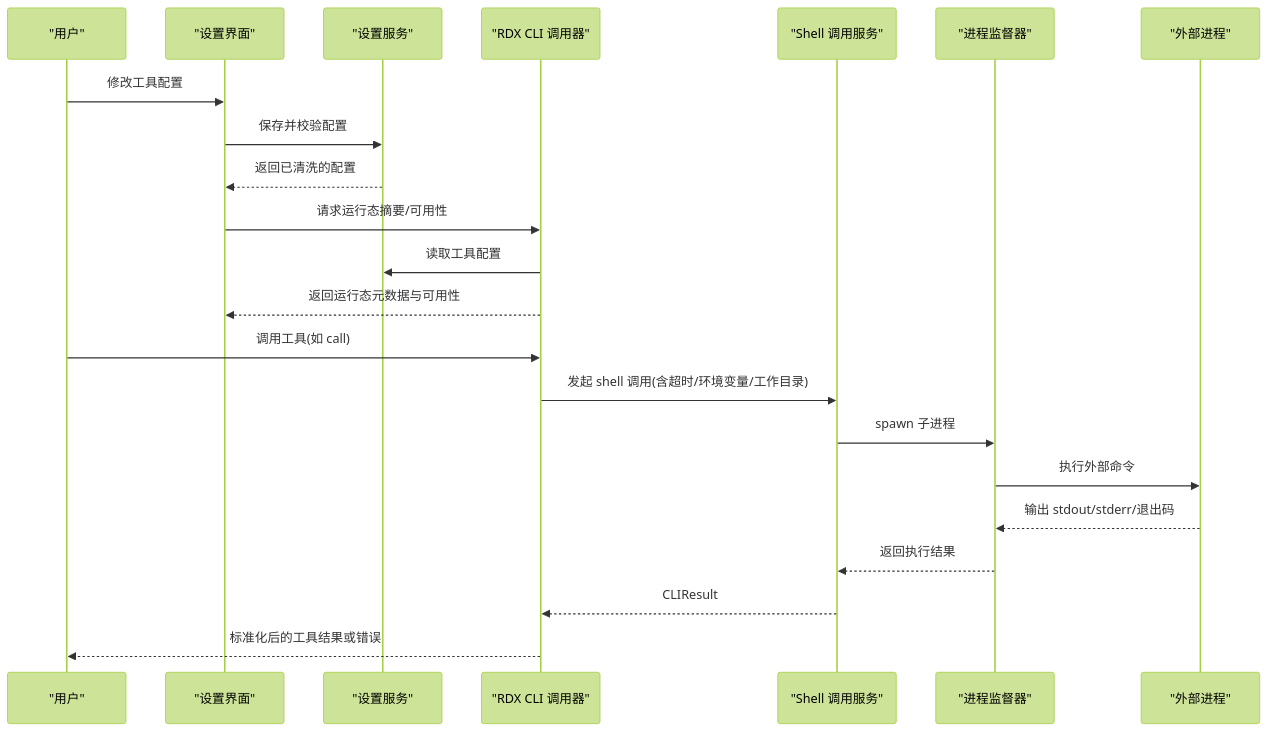
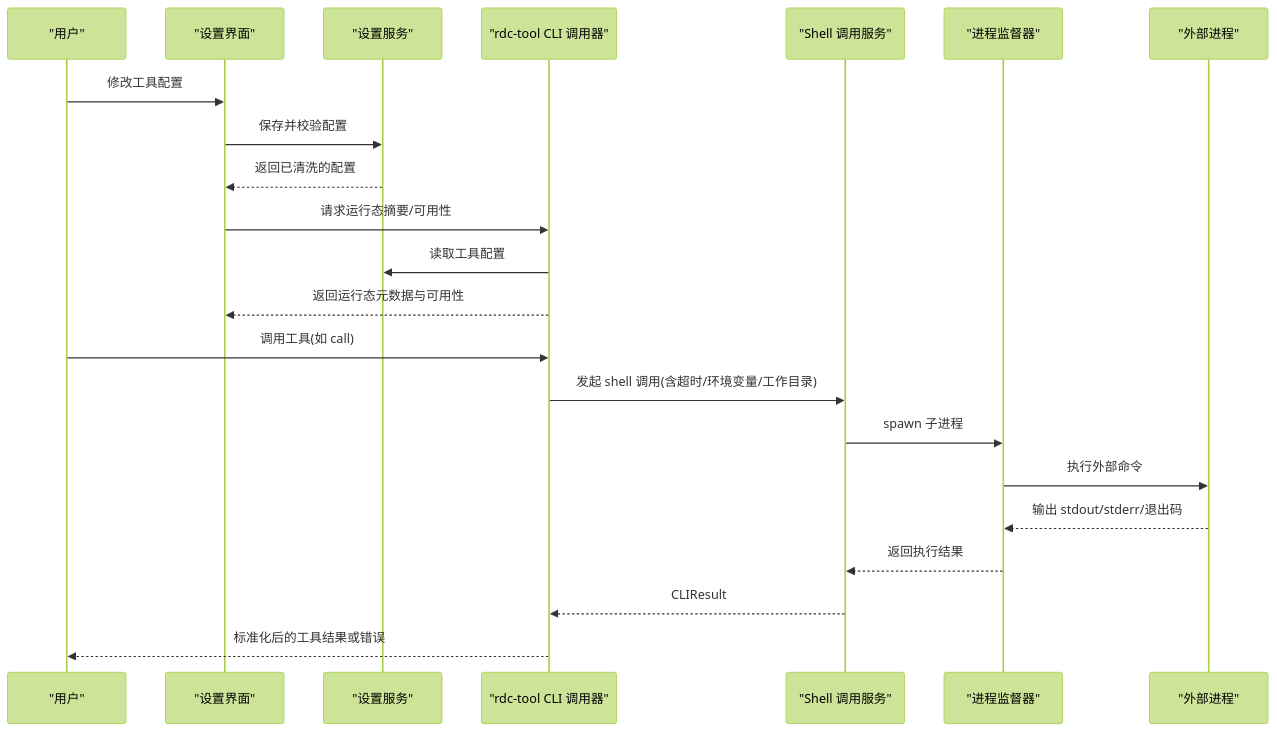
The second of 5 diagrams in .qoder/repowiki/zh/content/用户界面/设置面板/工具设置.md (haolange/RDC-Agent), drawn with Mermaid (forest theme) before and after one commit. The commit also changed other lines of this file and 557 other files, not shown here.

First line of the commit message:
Unify RDC-Agent identity and canonical RDC-Tool integration

````diff
--- a/.qoder/repowiki/zh/content/用户界面/设置面板/工具设置.md
+++ b/.qoder/repowiki/zh/content/用户界面/设置面板/工具设置.md
@@ -83,24 +83,24 @@
 ```mermaid
 sequenceDiagram
 participant U as "用户"
 participant UI as "设置界面"
 participant S as "设置服务"
-participant I as "RDX CLI 调用器"
+participant I as "rdc-tool CLI 调用器"
 participant SH as "Shell 调用服务"
 participant P as "进程监督器"
 participant O as "外部进程"
 U->>UI : 修改工具配置
 UI->>S : 保存并校验配置
 S-->>UI : 返回已清洗的配置
 UI->>I : 请求运行态摘要/可用性
 I->>S : 读取工具配置
 I-->>UI : 返回运行态元数据与可用性
 U->>I : 调用工具(如 call)
 I->>SH : 发起 shell 调用(含超时/环境变量/工作目录)
 SH->>P : spawn 子进程
 P->>O : 执行外部命令
 O-->>P : 输出 stdout/stderr/退出码
 P-->>SH : 返回执行结果
 SH-->>I : CLIResult
 I-->>U : 标准化后的工具结果或错误
 ```
````
